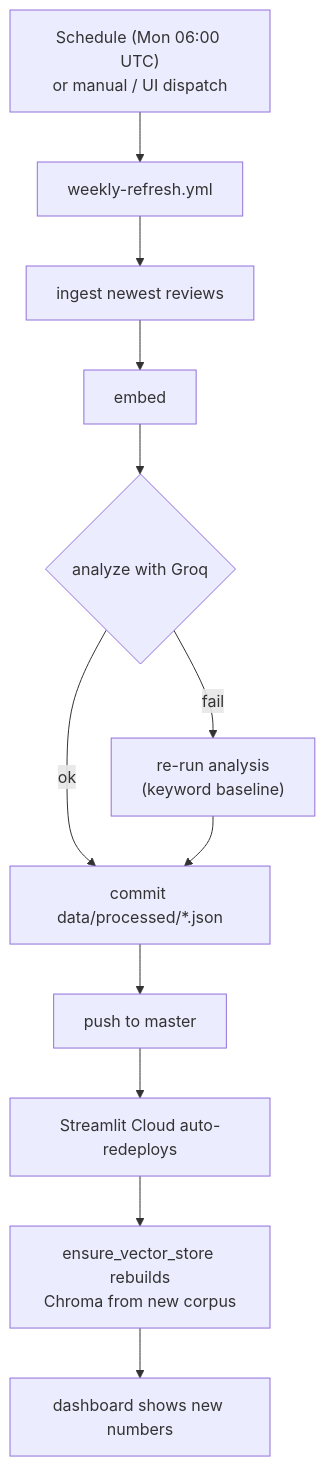
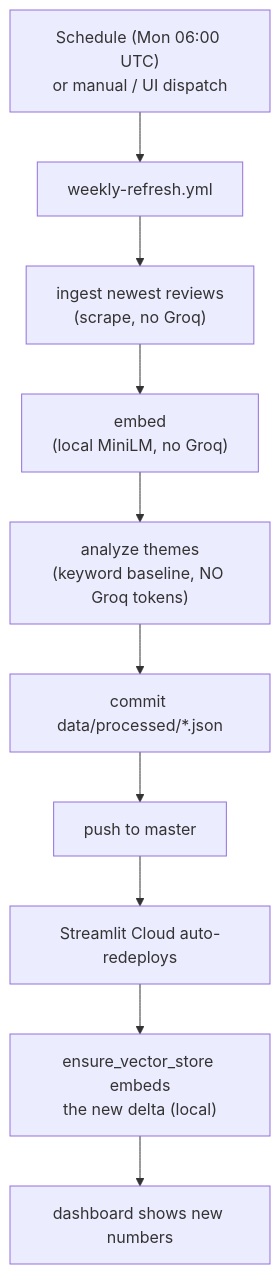
One commit to barathankavin/spotify-review-discovery-engine changed the ninth of 11 diagrams in HOW_IT_WORKS.md. Above: the diagram before and after it, drawn with Mermaid. The commit also changed other lines of this file and 1 other file, not shown here.

Commit message:
Make weekly refresh Groq-free by default (reserve tokens for RAG chat)
- Refresh now runs theme analysis with the keyword baseline (no Groq) by
  default: ingestion is scraping, embeddings are local, so the whole DB
  refresh spends zero Groq tokens
- Add a manual workflow_dispatch "use_groq" input (default false) to opt into
  richer LLM themes only when wanted
- Smoke test runs with RAG_USE_GROQ=false so it validates retrieval without
  spending chat tokens
- Docs updated to reflect token usage (Groq = RAG chat only)

````diff
--- a/HOW_IT_WORKS.md
+++ b/HOW_IT_WORKS.md
@@ -327,14 +327,12 @@
 ```mermaid
 flowchart TB
     TRIG["Schedule (Mon 06:00 UTC)<br/>or manual / UI dispatch"] --> JOB["weekly-refresh.yml"]
-    JOB --> ING["ingest newest reviews"]
-    ING --> EMB["embed"]
-    EMB --> AN{"analyze with Groq"}
-    AN -- ok --> COMMIT
-    AN -- fail --> RB["re-run analysis<br/>(keyword baseline)"]
-    RB --> COMMIT["commit data/processed/*.json"]
+    JOB --> ING["ingest newest reviews<br/>(scrape, no Groq)"]
+    ING --> EMB["embed<br/>(local MiniLM, no Groq)"]
+    EMB --> AN["analyze themes<br/>(keyword baseline, NO Groq tokens)"]
+    AN --> COMMIT["commit data/processed/*.json"]
     COMMIT --> PUSH["push to master"]
     PUSH --> REDEPLOY["Streamlit Cloud auto-redeploys"]
-    REDEPLOY --> REBUILD["ensure_vector_store rebuilds<br/>Chroma from new corpus"]
+    REDEPLOY --> REBUILD["ensure_vector_store embeds<br/>the new delta (local)"]
     REBUILD --> LIVE["dashboard shows new numbers"]
 ```
````
